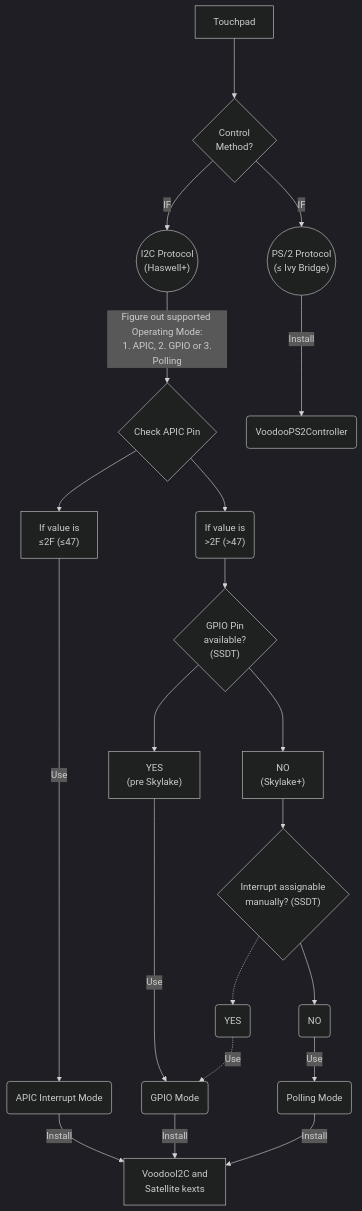
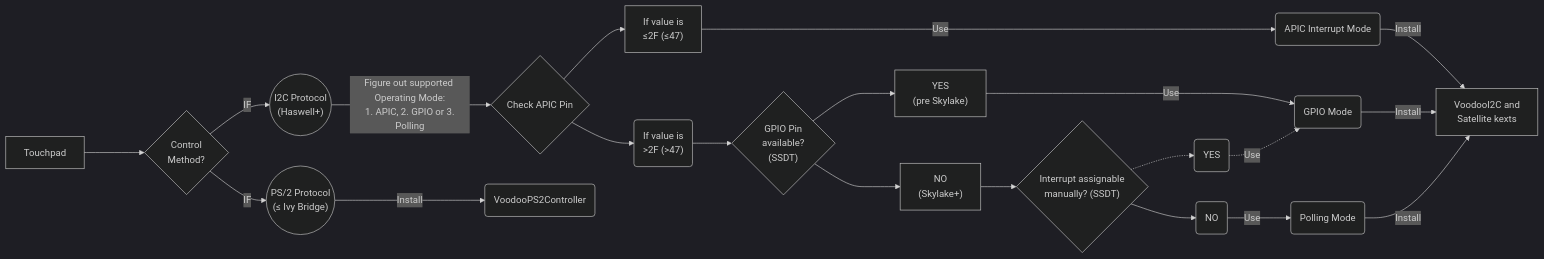
One commit to 5T33Z0/OC-Little-Translated changed the diagram in 05_Laptop-specific_Patches/Trackpad_Patches/README.md. Above: the diagram before and after it, drawn with Mermaid (dark theme).

````diff
--- a/05_Laptop-specific_Patches/Trackpad_Patches/README.md
+++ b/05_Laptop-specific_Patches/Trackpad_Patches/README.md
@@ -133,13 +133,13 @@
 ```mermaid
-graph TD
+graph LR
     A[Touchpad] ---> B{"Control</br> Method?"}
     B -->|IF| C(("I2C Protocol</br>(Haswell+)"))
     B -->|IF| G(("PS/2 Protocol</br>(≤ Ivy Bridge)"))
     C --> |"Figure out supported Operating Mode:</br> 1. APIC, 2. GPIO or 3. Polling"|J{Check APIC Pin}
     J --> K["If value is </br>≤2F (≤47)"]------->|Use| D(APIC Interrupt Mode)-->|Install|L[VoodooI2C and </br>Satellite kexts]
     J --> M("If value is</br> >2F (>47)")-->O{"GPIO Pin </br>available? </br>(SSDT)"}
     O --> P["YES</br>(pre Skylake)"]---->|Use|R(GPIO Mode)-->|Install|L
     O ---> Q["NO </br>(Skylake+)"]--> N{"Interrupt assignable</br> manually? (SSDT)"}-.->F(YES)-.->|Use|R
     N-->S(NO)-->|Use|T(Polling Mode)-->|Install|L
     G --> |Install|H(VoodooPS2Controller)
 ```    
````
